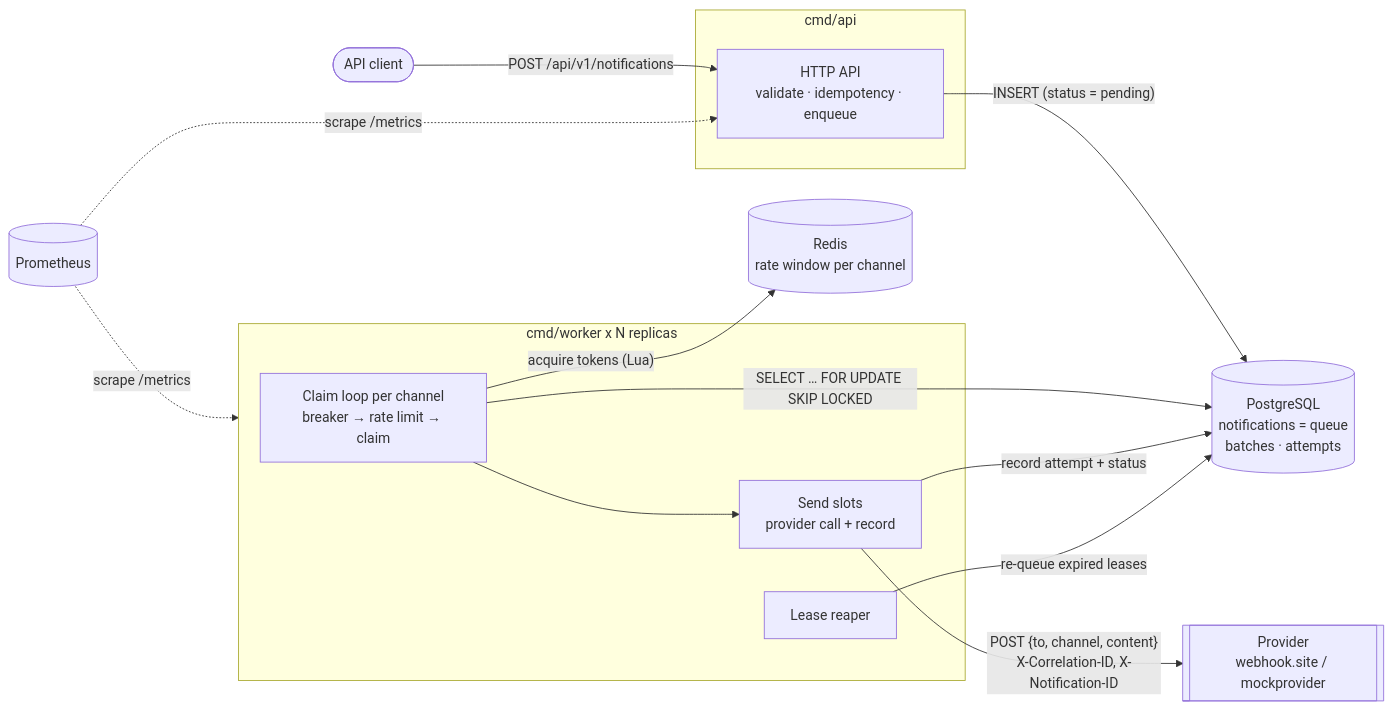
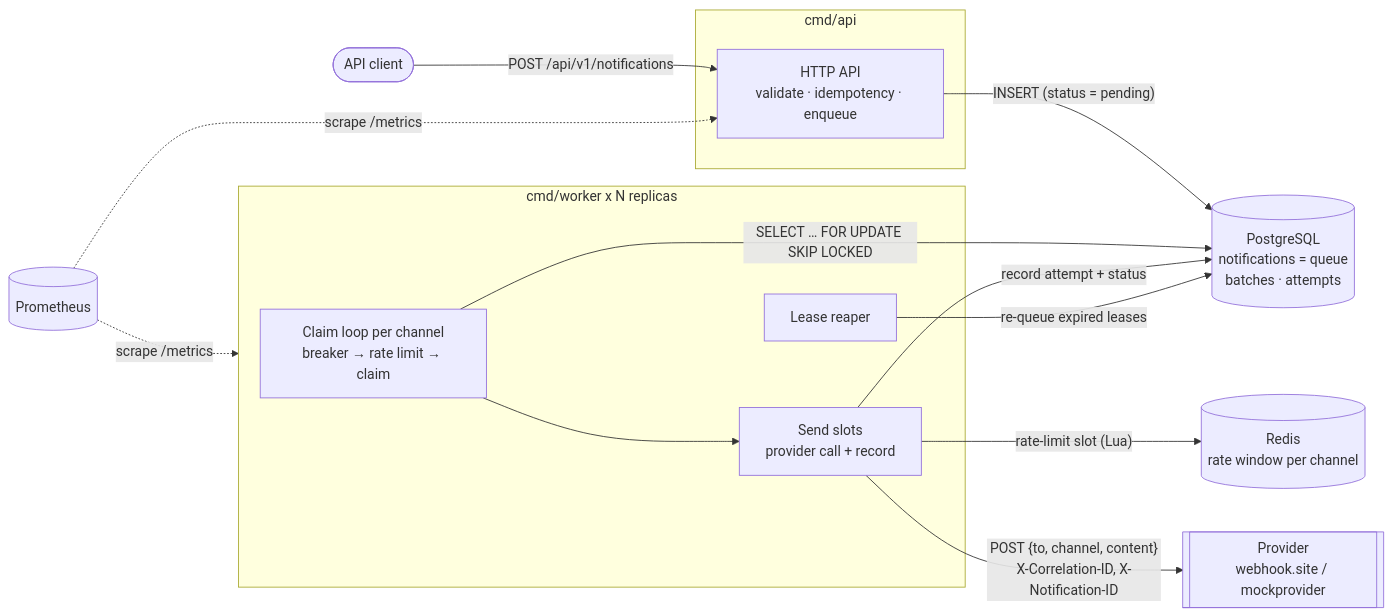
The first of 3 diagrams in README.md (Chroex/insider-notification-service), drawn with Mermaid before and after one commit. The commit also changed other lines of this file and 10 other files, not shown here.

````diff
--- a/README.md
+++ b/README.md
@@ -75,27 +75,27 @@
 ```mermaid
 flowchart LR
     client([API client])
     subgraph api_box [cmd/api]
         api[HTTP API<br/>validate · idempotency · enqueue]
     end
     subgraph worker_box [cmd/worker x N replicas]
         claim[Claim loop per channel<br/>breaker → rate limit → claim]
         send[Send slots<br/>provider call + record]
         reaper[Lease reaper]
     end
     pg[(PostgreSQL<br/>notifications = queue<br/>batches · attempts)]
     redis[(Redis<br/>rate window per channel)]
     provider[[Provider<br/>webhook.site / mockprovider]]
     prom[(Prometheus)]
 
     client -- "POST /api/v1/notifications" --> api
     api -- "INSERT (status = pending)" --> pg
     claim -- "SELECT … FOR UPDATE SKIP LOCKED" --> pg
-    claim -- "acquire tokens (Lua)" --> redis
     claim --> send
+    send -- "rate-limit slot (Lua)" --> redis
     send -- "POST {to, channel, content}<br/>X-Correlation-ID, X-Notification-ID" --> provider
     send -- "record attempt + status" --> pg
     reaper -- "re-queue expired leases" --> pg
     prom -. scrape /metrics .-> api
     prom -. scrape /metrics .-> worker_box
 ```
````
